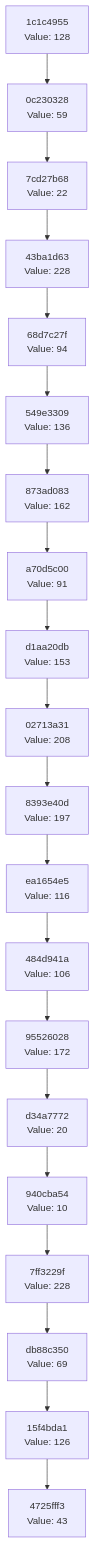
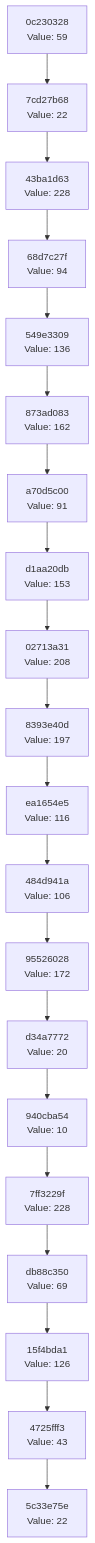
One commit to Abhisheksinha1506/hash-chain-evolver changed the diagram in docs/CHAIN_VISUALIZATION.md. Above: the diagram before and after it, drawn with Mermaid. The commit also changed 3 other files, not shown here.

````diff
--- a/docs/CHAIN_VISUALIZATION.md
+++ b/docs/CHAIN_VISUALIZATION.md
@@ -3,42 +3,42 @@
 ```mermaid
 graph TD
-    C0["4725fff3<br/>Value: 43"]
-    C1["15f4bda1<br/>Value: 126"]
+    C0["5c33e75e<br/>Value: 22"]
+    C1["4725fff3<br/>Value: 43"]
     C1 --> C0
-    C2["db88c350<br/>Value: 69"]
+    C2["15f4bda1<br/>Value: 126"]
     C2 --> C1
-    C3["7ff3229f<br/>Value: 228"]
+    C3["db88c350<br/>Value: 69"]
     C3 --> C2
-    C4["940cba54<br/>Value: 10"]
+    C4["7ff3229f<br/>Value: 228"]
     C4 --> C3
-    C5["d34a7772<br/>Value: 20"]
+    C5["940cba54<br/>Value: 10"]
     C5 --> C4
-    C6["95526028<br/>Value: 172"]
+    C6["d34a7772<br/>Value: 20"]
     C6 --> C5
-    C7["484d941a<br/>Value: 106"]
+    C7["95526028<br/>Value: 172"]
     C7 --> C6
-    C8["ea1654e5<br/>Value: 116"]
+    C8["484d941a<br/>Value: 106"]
     C8 --> C7
-    C9["8393e40d<br/>Value: 197"]
+    C9["ea1654e5<br/>Value: 116"]
     C9 --> C8
-    C10["02713a31<br/>Value: 208"]
+    C10["8393e40d<br/>Value: 197"]
     C10 --> C9
-    C11["d1aa20db<br/>Value: 153"]
+    C11["02713a31<br/>Value: 208"]
     C11 --> C10
-    C12["a70d5c00<br/>Value: 91"]
+    C12["d1aa20db<br/>Value: 153"]
     C12 --> C11
-    C13["873ad083<br/>Value: 162"]
+    C13["a70d5c00<br/>Value: 91"]
     C13 --> C12
-    C14["549e3309<br/>Value: 136"]
+    C14["873ad083<br/>Value: 162"]
     C14 --> C13
-    C15["68d7c27f<br/>Value: 94"]
+    C15["549e3309<br/>Value: 136"]
     C15 --> C14
-    C16["43ba1d63<br/>Value: 228"]
+    C16["68d7c27f<br/>Value: 94"]
     C16 --> C15
-    C17["7cd27b68<br/>Value: 22"]
+    C17["43ba1d63<br/>Value: 228"]
     C17 --> C16
-    C18["0c230328<br/>Value: 59"]
+    C18["7cd27b68<br/>Value: 22"]
     C18 --> C17
-    C19["1c1c4955<br/>Value: 128"]
+    C19["0c230328<br/>Value: 59"]
     C19 --> C18
 ```
````
